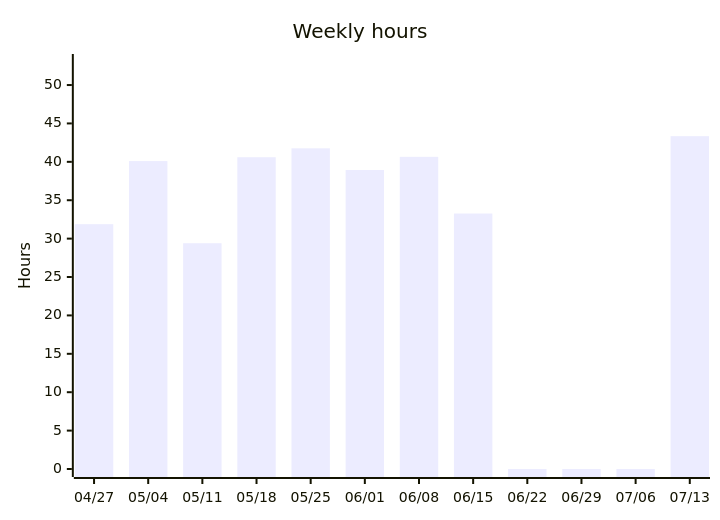
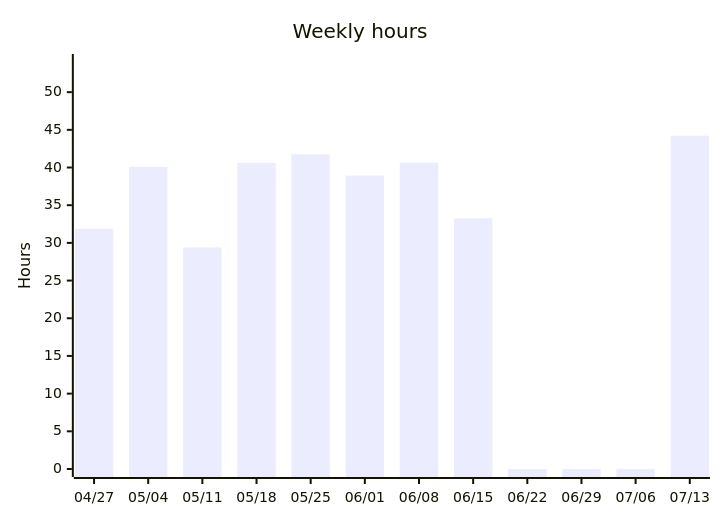
The third of 5 diagrams in README.org (albinforsberg-netizen/timeclock), drawn with Mermaid before and after one commit. The commit also changed other lines of this file, not shown here.

```diff
--- a/README.org
+++ b/README.org
@@ -104,7 +105,7 @@
 #+begin_src mermaid
 xychart-beta
     title "Weekly hours"
     x-axis ["04/27", "05/04", "05/11", "05/18", "05/25", "06/01", "06/08", "06/15", "06/22", "06/29", "07/06", "07/13"]
-    y-axis "Hours" 0 --> 53
-    bar [31.88, 40.10, 29.40, 40.60, 41.76, 38.93, 40.65, 33.27, 0.00, 0.00, 0.00, 43.34]
+    y-axis "Hours" 0 --> 54
+    bar [31.88, 40.10, 29.40, 40.60, 41.76, 38.93, 40.65, 33.27, 0.00, 0.00, 0.00, 44.23]
 #+end_src
```
